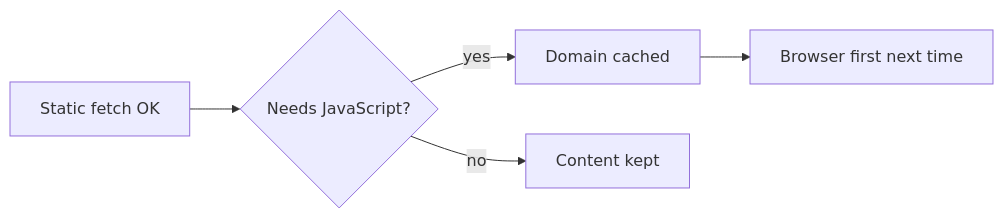
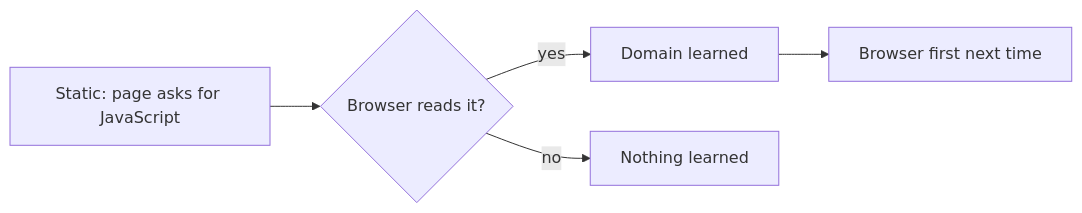
Before and after one commit to Ynewtime/markitai: the second of 2 diagrams in website/guide/fetch-policy.md, drawn with Mermaid. The commit also changed other lines of this file and 38 other files, not shown here.

````diff
--- a/website/guide/fetch-policy.md
+++ b/website/guide/fetch-policy.md
@@ -150,6 +148,6 @@
 ```mermaid
 flowchart LR
-  S[Static fetch OK] --> J{"Needs JavaScript?"}
-  J -->|yes| C[Domain cached] --> B[Browser first next time]
-  J -->|no| K[Content kept]
+  S[Static: page asks for JavaScript] --> B{"Browser reads it?"}
+  B -->|yes| C[Domain learned] --> N[Browser first next time]
+  B -->|no| K[Nothing learned]
 ```
````
